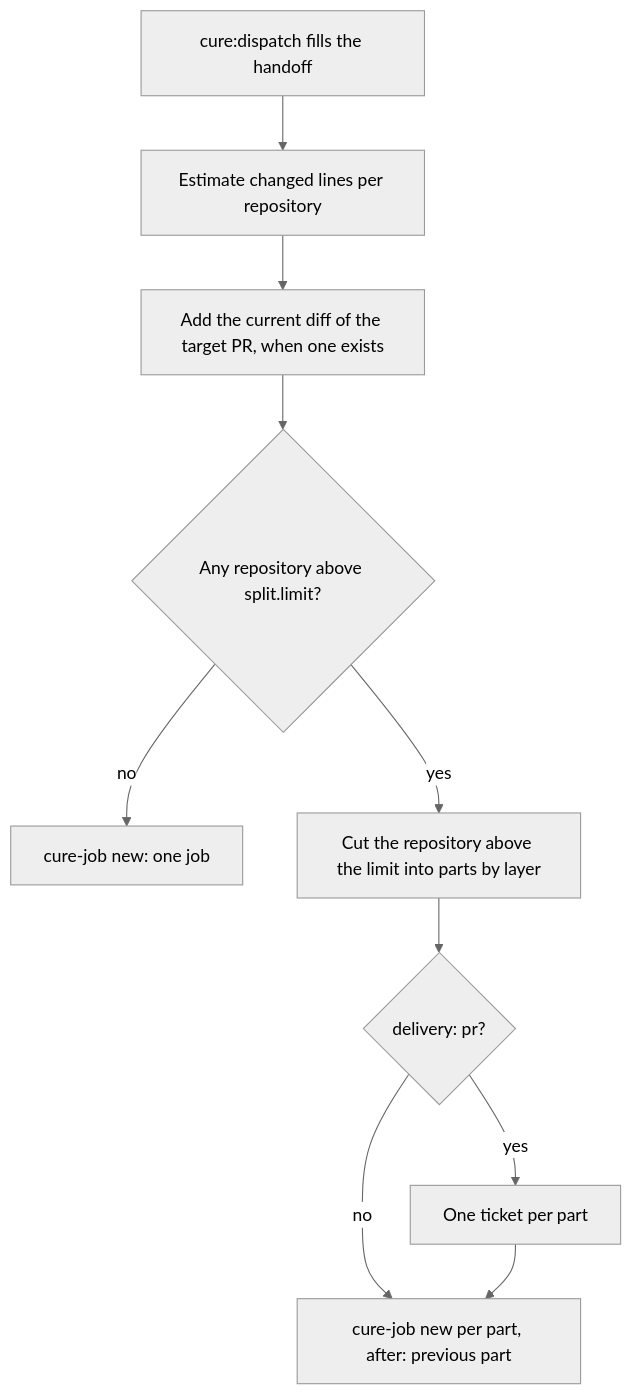
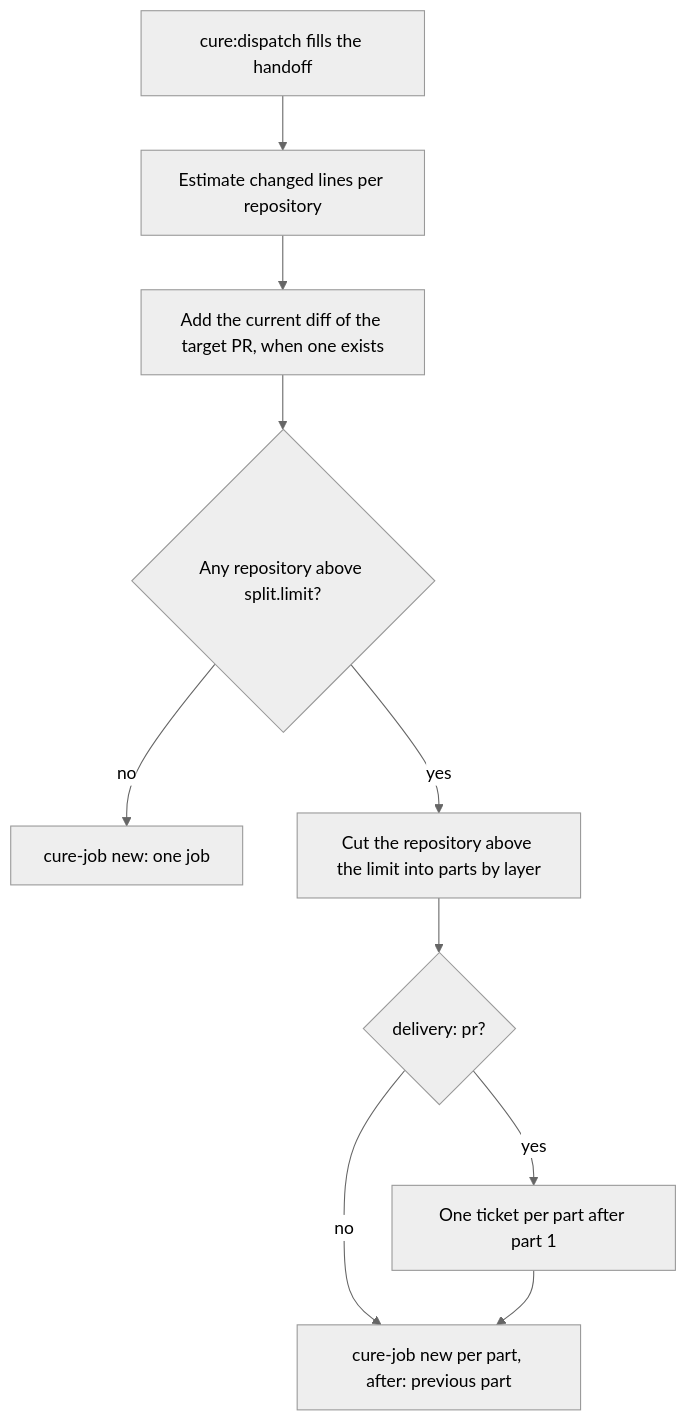
Before and after one commit to zagrichanskiy/claude-plugins: the third of 3 diagrams in docs/dispatcher-resource-scheduling.md, drawn with Mermaid (neutral theme). The commit also changed other lines of this file and 13 other files, not shown here.

````diff
--- a/docs/dispatcher-resource-scheduling.md
+++ b/docs/dispatcher-resource-scheduling.md
@@ -140,12 +140,12 @@
 ```mermaid
 flowchart TD
     A[cure:dispatch fills the handoff] --> B[Estimate changed lines per repository]
     B --> B2[Add the current diff of the target PR, when one exists]
     B2 --> C{Any repository above split.limit?}
     C -- no --> D[cure-job new: one job]
     C -- yes --> E[Cut the repository above the limit into parts by layer]
     E --> G{delivery: pr?}
-    G -- yes --> H[One ticket per part]
+    G -- yes --> H[One ticket per part after part 1]
     G -- no --> I[cure-job new per part, after: previous part]
     H --> I
 ```
````
